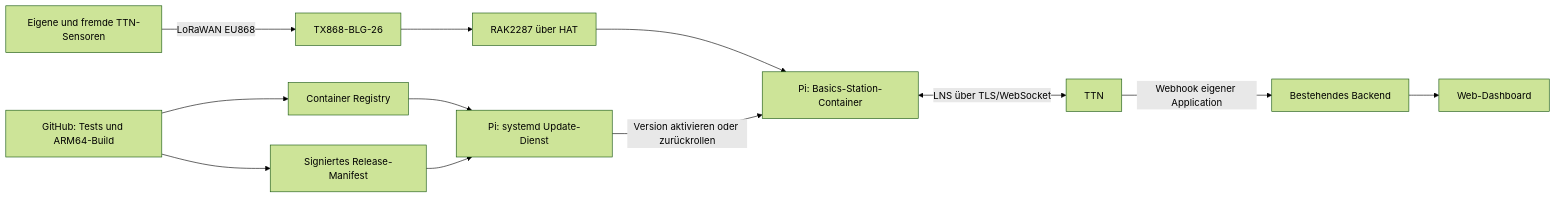
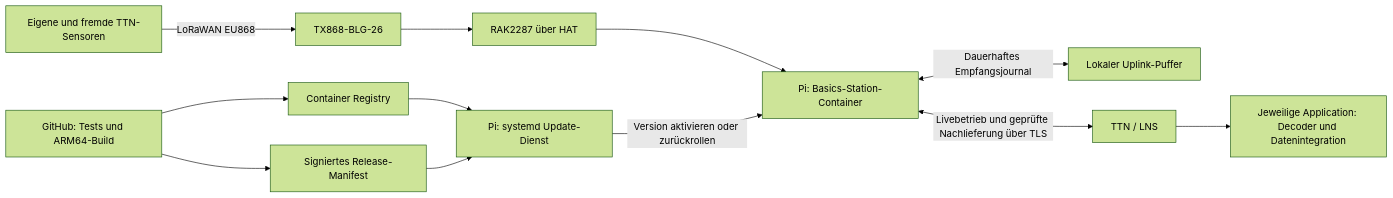
The diagram in docs/gateway/implementierungsplan.md (erik-metz/hack-the-ried), drawn with Mermaid (forest theme) before and after one commit. The commit also changed other lines of this file, not shown here.

````diff
--- a/docs/gateway/implementierungsplan.md
+++ b/docs/gateway/implementierungsplan.md
@@ -66,14 +76,14 @@
 ```mermaid
 flowchart LR
     S[Eigene und fremde TTN-Sensoren] -->|LoRaWAN EU868| A[TX868-BLG-26]
     A --> R[RAK2287 über HAT]
     R --> B[Pi: Basics-Station-Container]
-    B <-->|LNS über TLS/WebSocket| T[TTN]
-    T -->|Webhook eigener Application| V[Bestehendes Backend]
-    V --> W[Web-Dashboard]
+    B <-->|Dauerhaftes Empfangsjournal| Q[Lokaler Uplink-Puffer]
+    B <-->|Livebetrieb und geprüfte Nachlieferung über TLS| T[TTN / LNS]
+    T --> X[Jeweilige Application: Decoder und Datenintegration]
     G[GitHub: Tests und ARM64-Build] --> C[Container Registry]
     G --> M[Signiertes Release-Manifest]
     C --> U[Pi: systemd Update-Dienst]
     M --> U
     U -->|Version aktivieren oder zurückrollen| B
 ```
````
